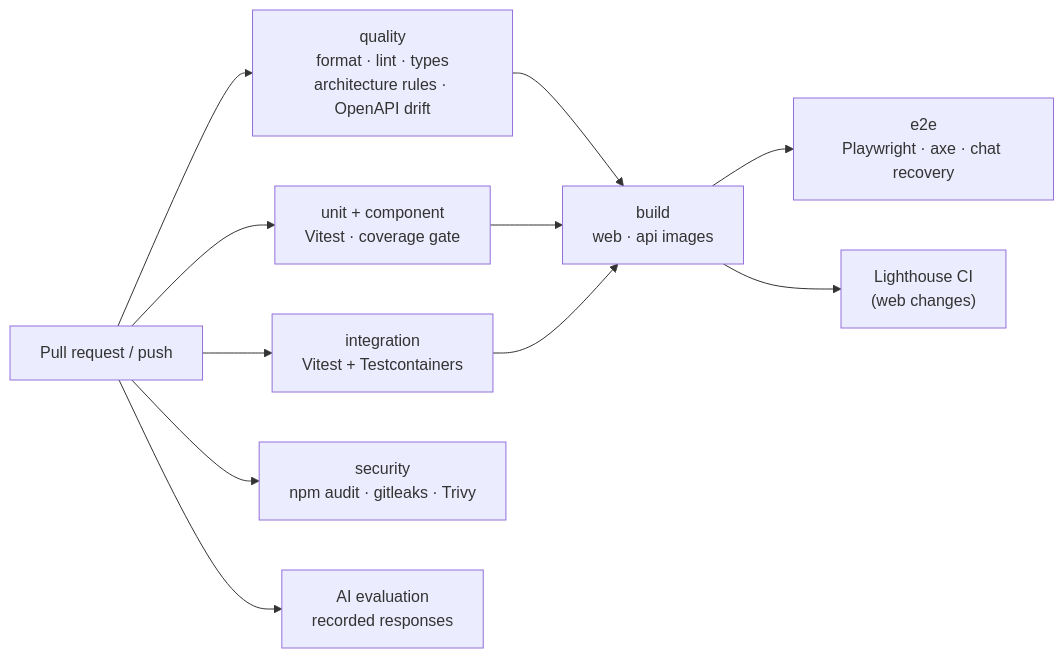
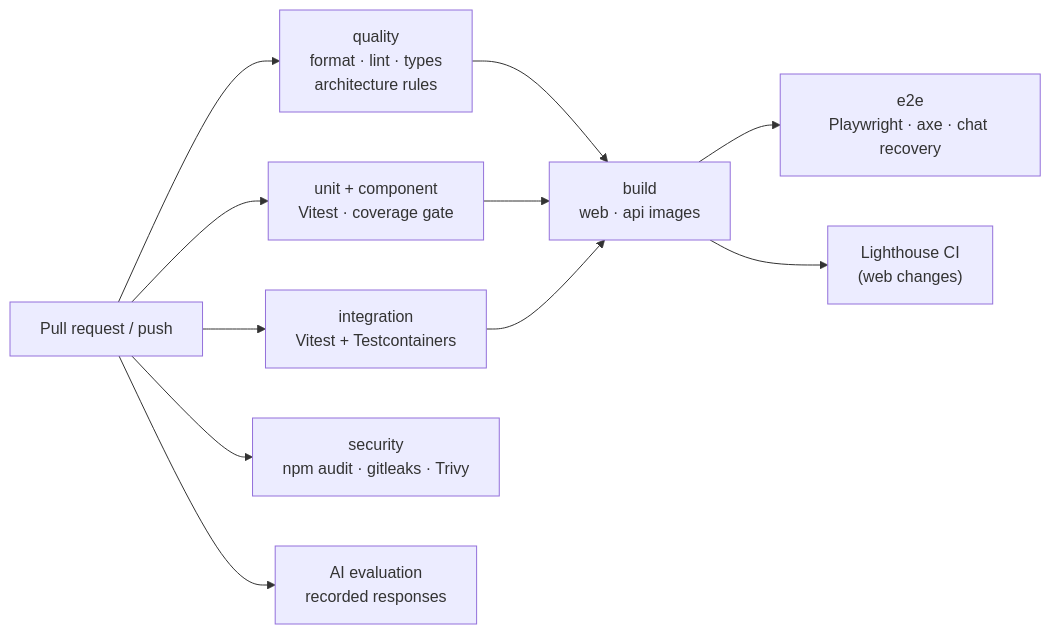
One commit to zhanru-dev/GoLiveBoard changed the first of 2 diagrams in docs/06-infrastructure-and-operations.md. Above: the diagram before and after it, drawn with Mermaid. The commit also changed other lines of this file and 12 other files, not shown here.

````diff
--- a/docs/06-infrastructure-and-operations.md
+++ b/docs/06-infrastructure-and-operations.md
@@ -92,15 +92,15 @@
 ```mermaid
 flowchart LR
   pr["Pull request / push"] --> quality
   pr --> unit
   pr --> int
   pr --> security
-  quality["quality<br/>format · lint · types<br/>architecture rules · OpenAPI drift"] --> build
+  quality["quality<br/>format · lint · types<br/>architecture rules"] --> build
   unit["unit + component<br/>Vitest · coverage gate"] --> build
   int["integration<br/>Vitest + Testcontainers"] --> build
   build["build<br/>web · api images"] --> e2e["e2e<br/>Playwright · axe · chat recovery"]
   build --> lh["Lighthouse CI<br/>(web changes)"]
   security["security<br/>npm audit · gitleaks · Trivy"]
   ai["AI evaluation<br/>recorded responses"]
   pr --> ai
 ```
````
